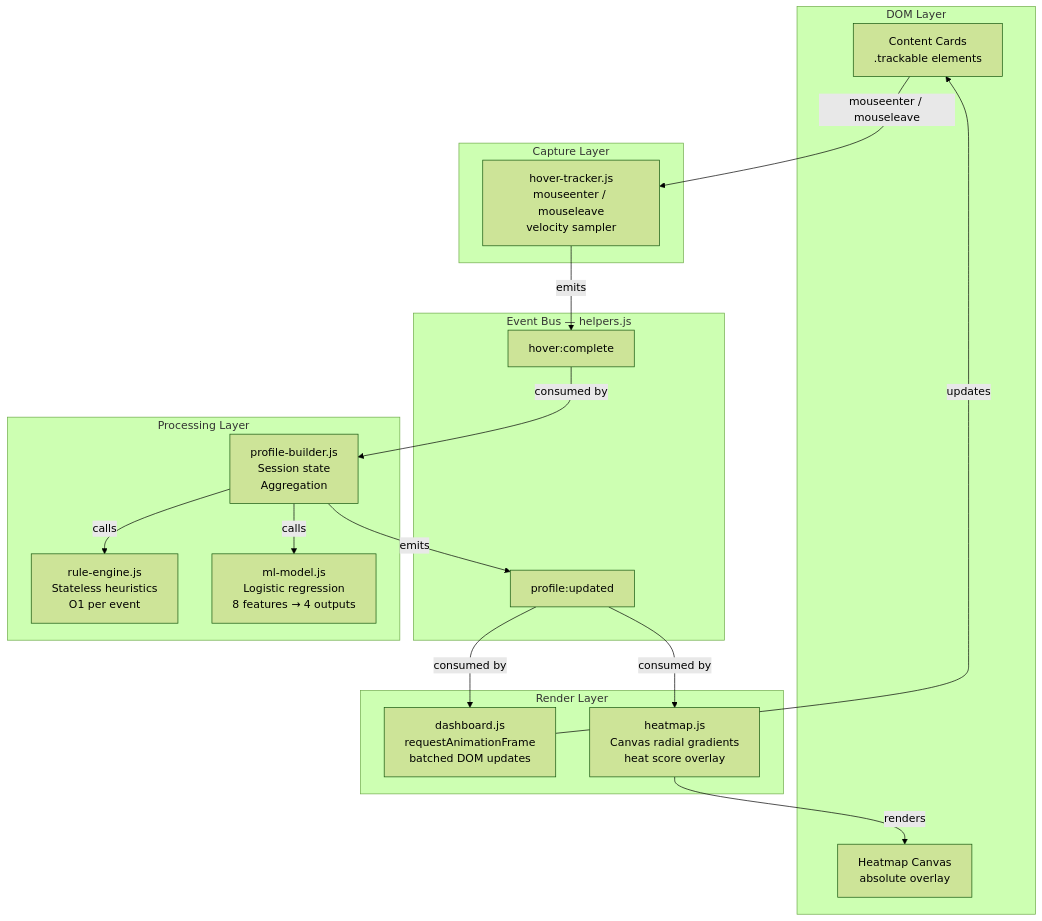
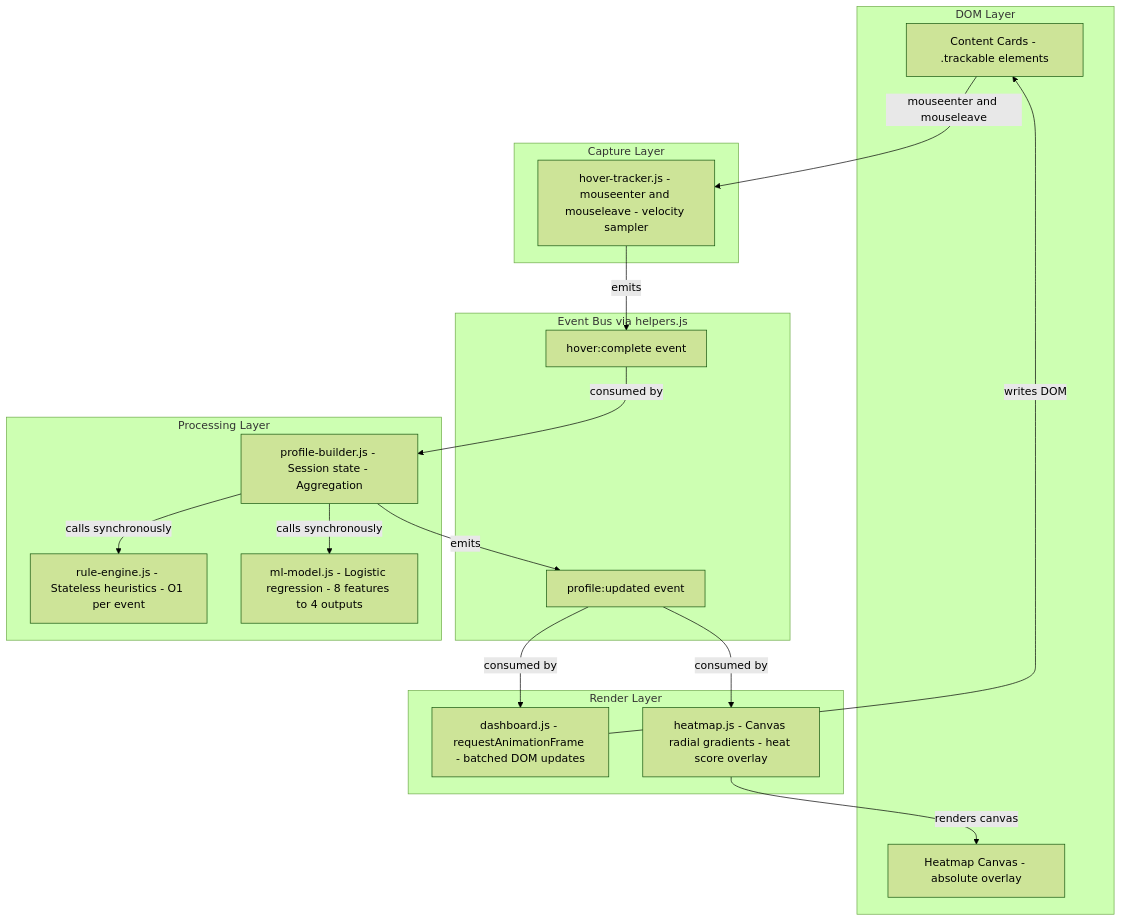
The second of 5 diagrams in README.md (hkevin01/HoverSense), drawn with Mermaid (forest theme) before and after one commit. The commit also changed other lines of this file, not shown here.

````diff
--- a/README.md
+++ b/README.md
@@ -126,38 +151,33 @@
 ```mermaid
 graph TB
-    subgraph DOM ["DOM Layer"]
-        Cards[Content Cards\n.trackable elements]
-        Canvas[Heatmap Canvas\nabsolute overlay]
+    subgraph DOM_Layer ["DOM Layer"]
+        Cards[Content Cards - .trackable elements]
+        Canvas[Heatmap Canvas - absolute overlay]
     end
-
-    subgraph Tracker ["Capture Layer"]
-        HT[hover-tracker.js\nmouseenter / mouseleave\nvelocity sampler]
+    subgraph Capture_Layer ["Capture Layer"]
+        HT[hover-tracker.js - mouseenter and mouseleave - velocity sampler]
     end
-
-    subgraph Bus ["Event Bus — helpers.js"]
-        E1[hover:complete]
-        E2[profile:updated]
+    subgraph Event_Bus ["Event Bus via helpers.js"]
+        E1[hover:complete event]
+        E2[profile:updated event]
     end
-
-    subgraph Engine ["Processing Layer"]
-        RE[rule-engine.js\nStateless heuristics\nO1 per event]
-        ML[ml-model.js\nLogistic regression\n8 features → 4 outputs]
-        PB[profile-builder.js\nSession state\nAggregation]
+    subgraph Processing_Layer ["Processing Layer"]
+        RE[rule-engine.js - Stateless heuristics - O1 per event]
+        ML[ml-model.js - Logistic regression - 8 features to 4 outputs]
+        PB[profile-builder.js - Session state - Aggregation]
     end
-
-    subgraph Render ["Render Layer"]
-        DB[dashboard.js\nrequestAnimationFrame\nbatched DOM updates]
-        HM[heatmap.js\nCanvas radial gradients\nheat score overlay]
+    subgraph Render_Layer ["Render Layer"]
+        DB[dashboard.js - requestAnimationFrame - batched DOM updates]
+        HM[heatmap.js - Canvas radial gradients - heat score overlay]
     end
-
-    Cards -->|mouseenter / mouseleave| HT
+    Cards -->|mouseenter and mouseleave| HT
     HT -->|emits| E1
     E1 -->|consumed by| PB
-    PB -->|calls| RE
-    PB -->|calls| ML
+    PB -->|calls synchronously| RE
+    PB -->|calls synchronously| ML
     PB -->|emits| E2
     E2 -->|consumed by| DB
     E2 -->|consumed by| HM
-    DB -->|updates| Cards
-    HM -->|renders| Canvas
+    DB -->|writes DOM| Cards
+    HM -->|renders canvas| Canvas
 ```
````
